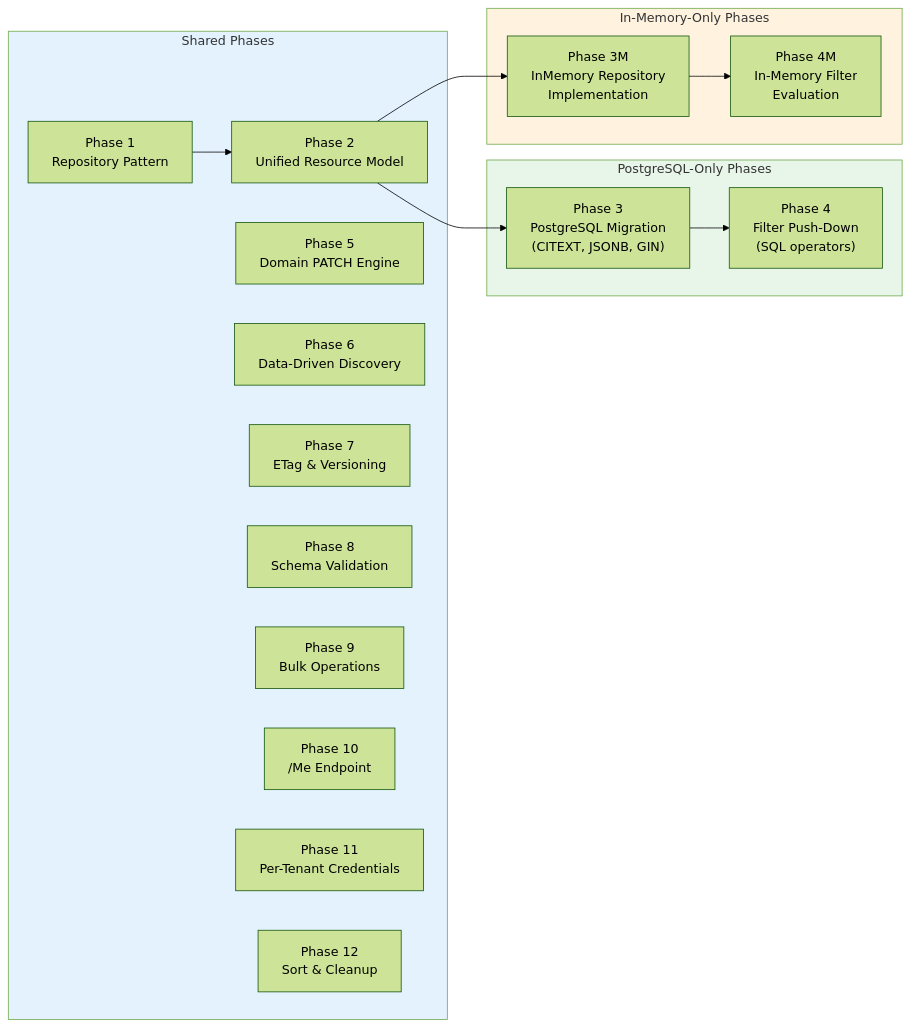
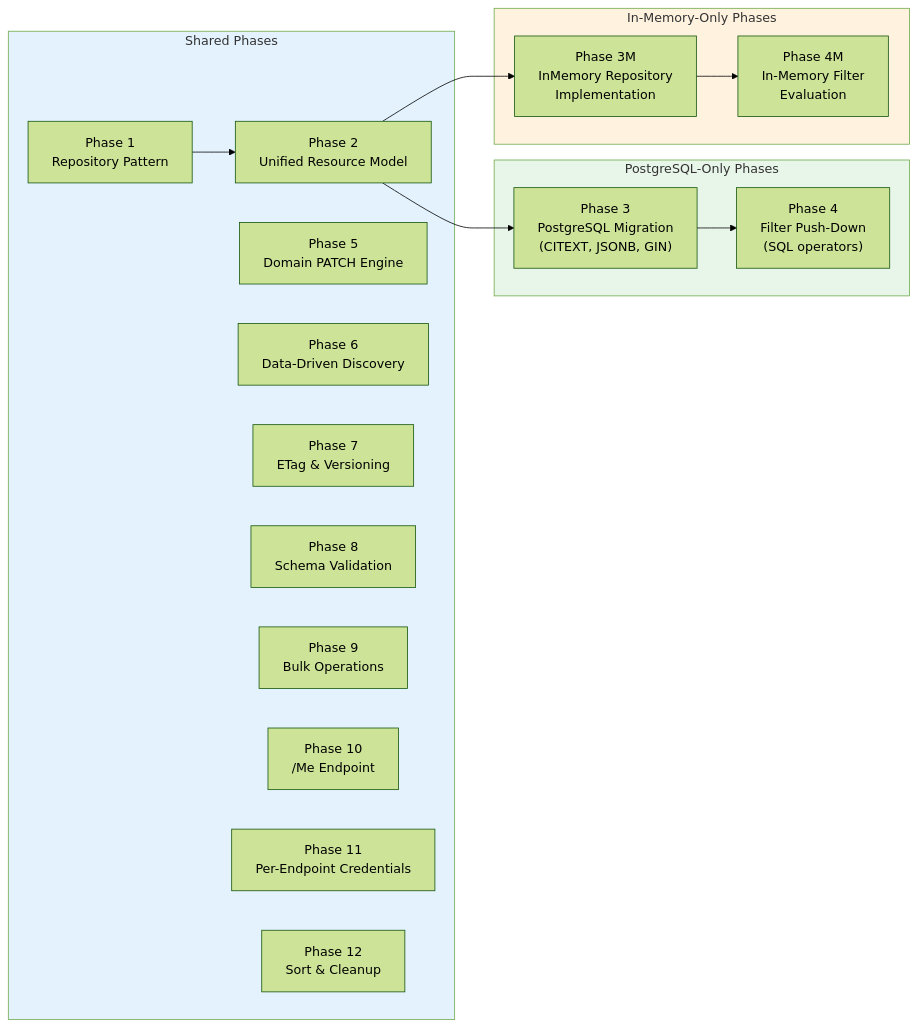
Before and after one commit to pranems/SCIMServer: the seventh of 11 diagrams in docs/INMEMORY_ARCHITECTURE_AND_PLAN_v1_2026-02-20.md, drawn with Mermaid (forest theme). The commit also changed other lines of this file and 288 other files, not shown here.

````diff
--- a/docs/INMEMORY_ARCHITECTURE_AND_PLAN_v1_2026-02-20.md
+++ b/docs/INMEMORY_ARCHITECTURE_AND_PLAN_v1_2026-02-20.md
@@ -1062,35 +1062,35 @@
 ```mermaid
 flowchart LR
     subgraph SHARED["Shared Phases"]
         P1["Phase 1<br/>Repository Pattern"]
         P2["Phase 2<br/>Unified Resource Model"]
         P5["Phase 5<br/>Domain PATCH Engine"]
         P6["Phase 6<br/>Data-Driven Discovery"]
         P7["Phase 7<br/>ETag & Versioning"]
         P8["Phase 8<br/>Schema Validation"]
         P9["Phase 9<br/>Bulk Operations"]
         P10["Phase 10<br/>/Me Endpoint"]
-        P11["Phase 11<br/>Per-Tenant Credentials"]
+        P11["Phase 11<br/>Per-Endpoint Credentials"]
         P12["Phase 12<br/>Sort & Cleanup"]
     end
 
     subgraph PG_ONLY["PostgreSQL-Only Phases"]
         P3_PG["Phase 3<br/>PostgreSQL Migration<br/>(CITEXT, JSONB, GIN)"]
         P4_PG["Phase 4<br/>Filter Push-Down<br/>(SQL operators)"]
     end
 
     subgraph MEM_ONLY["In-Memory-Only Phases"]
         P3_MEM["Phase 3M<br/>InMemory Repository<br/>Implementation"]
         P4_MEM["Phase 4M<br/>In-Memory Filter<br/>Evaluation"]
     end
 
     P1 --> P2
     P2 --> P3_PG
     P2 --> P3_MEM
     P3_PG --> P4_PG
     P3_MEM --> P4_MEM
 
     style SHARED fill:#e3f2fd,color:#333
     style PG_ONLY fill:#e8f5e9,color:#333
     style MEM_ONLY fill:#fff3e0,color:#333
 ```
````
